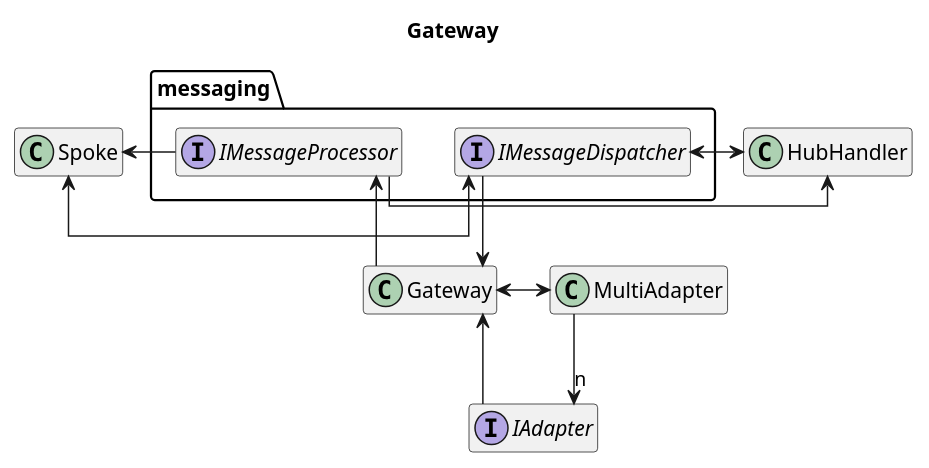
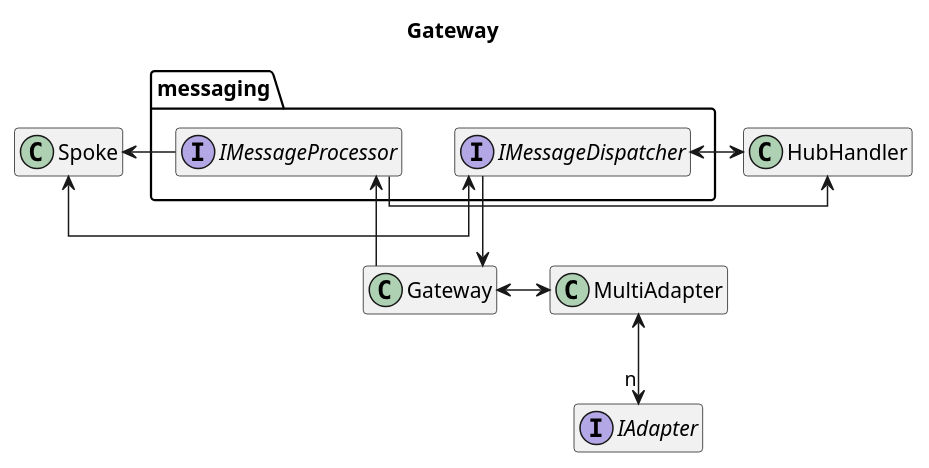
One commit to centrifuge/protocol changed the diagram in docs/architecture/core/gateway.puml. Above: the diagram before and after it, drawn with PlantUML. The commit also changed 3 other files, not shown here.

```diff
--- a/docs/architecture/core/gateway.puml
+++ b/docs/architecture/core/gateway.puml
@@ -1,32 +1,31 @@
 @startuml gateway
 title Gateway
 hide empty members
 
 skinparam linetype ortho
 
 package messaging {
     interface IMessageDispatcher
     interface IMessageProcessor
 }
 
 class Gateway
 class MultiAdapter
 class Spoke
 class HubHandler
 
 interface IAdapter
 
 Spoke <-> IMessageDispatcher
 HubHandler <-> IMessageDispatcher
 IMessageProcessor --> HubHandler
 IMessageProcessor --> Spoke
 
 IMessageDispatcher --> Gateway
 
 Gateway --> IMessageProcessor
 Gateway <-> MultiAdapter
+MultiAdapter <-down-> "n" IAdapter
 
-MultiAdapter --> "n" IAdapter
-IAdapter --> Gateway
 
 @enduml
```
